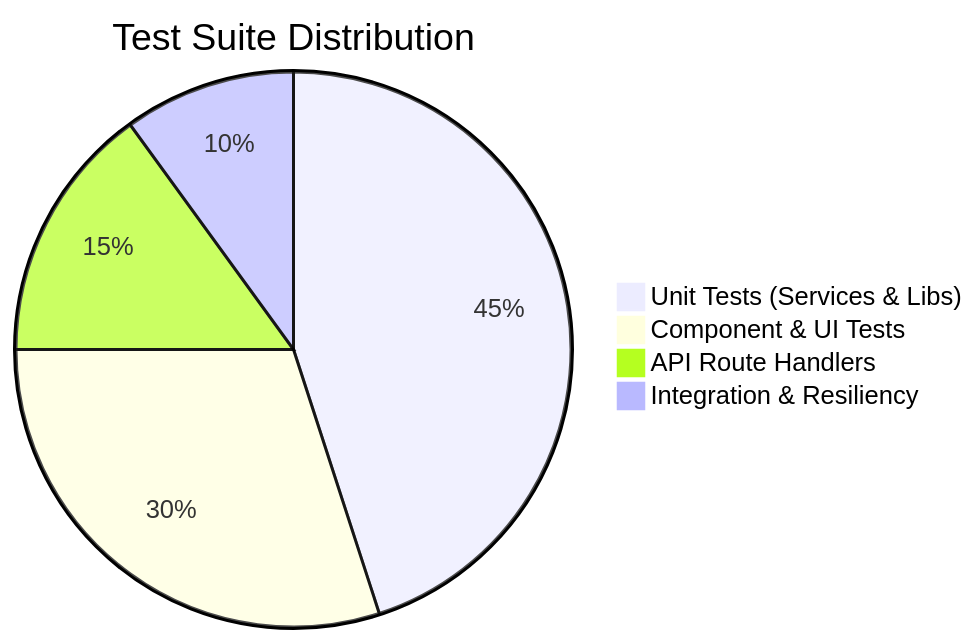
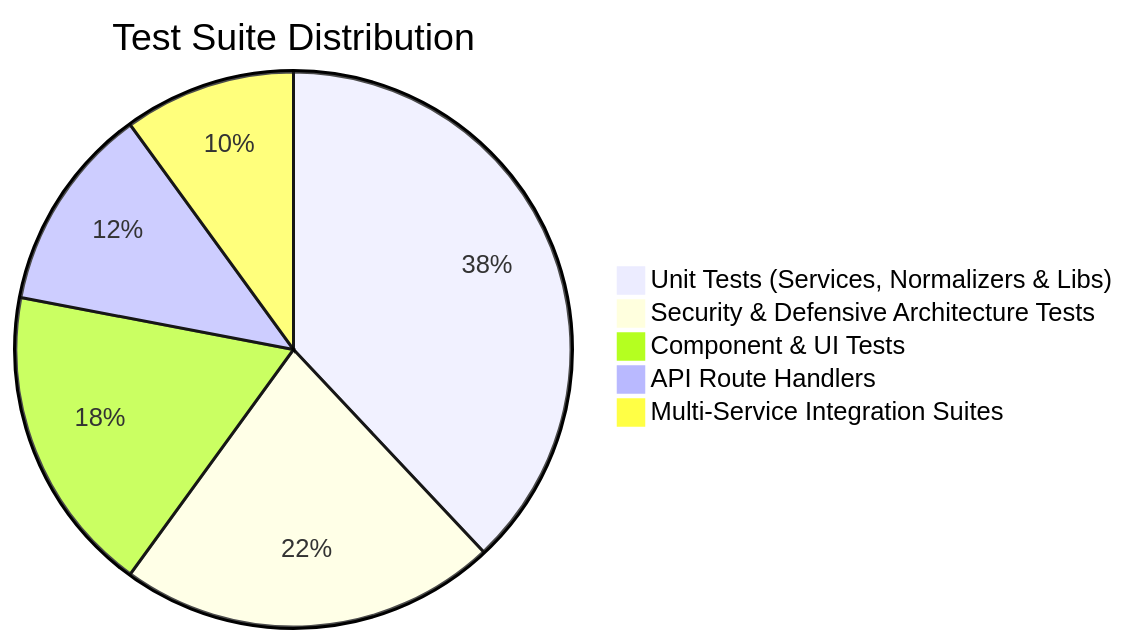
The diagram in docs/wiki/Testing-Documentation.md (MTPeraya/TORBIDD), drawn with Mermaid before and after one commit. The commit also changed other lines of this file and 15 other files, not shown here.

Commit message:
docs: update wiki documentation for API endpoints, notifications, and security considerations

````diff
--- a/docs/wiki/Testing-Documentation.md
+++ b/docs/wiki/Testing-Documentation.md
@@ -7,7 +9,8 @@
 ```mermaid
 pie title Test Suite Distribution
-    "Unit Tests (Services & Libs)" : 45
-    "Component & UI Tests" : 30
-    "API Route Handlers" : 15
-    "Integration & Resiliency" : 10
+    "Unit Tests (Services, Normalizers & Libs)" : 38
+    "Security & Defensive Architecture Tests" : 22
+    "Component & UI Tests" : 18
+    "API Route Handlers" : 12
+    "Multi-Service Integration Suites" : 10
 ```
````
